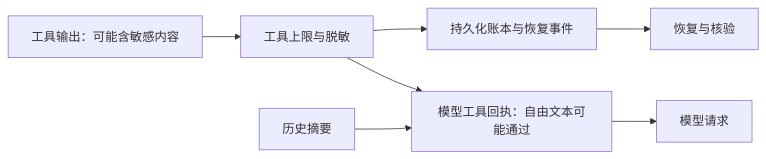
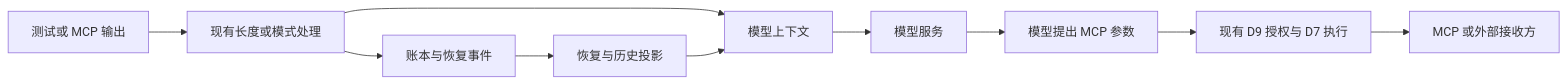
One commit to Koawa265Richard31/Koawa.codingAgentV2 changed the diagram in docs/open-active/hardening-memory-retrieval-2026-09-19/diagrams/bounded-result-retrieval-before.mmd. Above: the diagram before and after it, drawn with Mermaid. The commit also changed 11 other files, not shown here.

```diff
--- a/docs/open-active/hardening-memory-retrieval-2026-09-19/diagrams/bounded-result-retrieval-before.mmd
+++ b/docs/open-active/hardening-memory-retrieval-2026-09-19/diagrams/bounded-result-retrieval-before.mmd
@@ -1,7 +1,10 @@
 flowchart LR
-  U[工具输出：可能含敏感内容] --> T[工具上限与脱敏]
-  T --> L[持久化账本与恢复事件]
-  T --> M[模型工具回执：自由文本可能通过]
-  L --> R[恢复与核验]
-  H[历史摘要] --> M
-  M --> P[模型请求]
+  U["测试或 MCP 输出"] --> T["现有长度或模式处理"]
+  T --> L["账本与恢复事件"]
+  T --> M["模型上下文"]
+  L --> R["恢复与历史投影"]
+  R --> M
+  M --> P["模型服务"]
+  P --> A["模型提出 MCP 参数"]
+  A --> G["现有 D9 授权与 D7 执行"]
+  G --> X["MCP 或外部接收方"]
```
